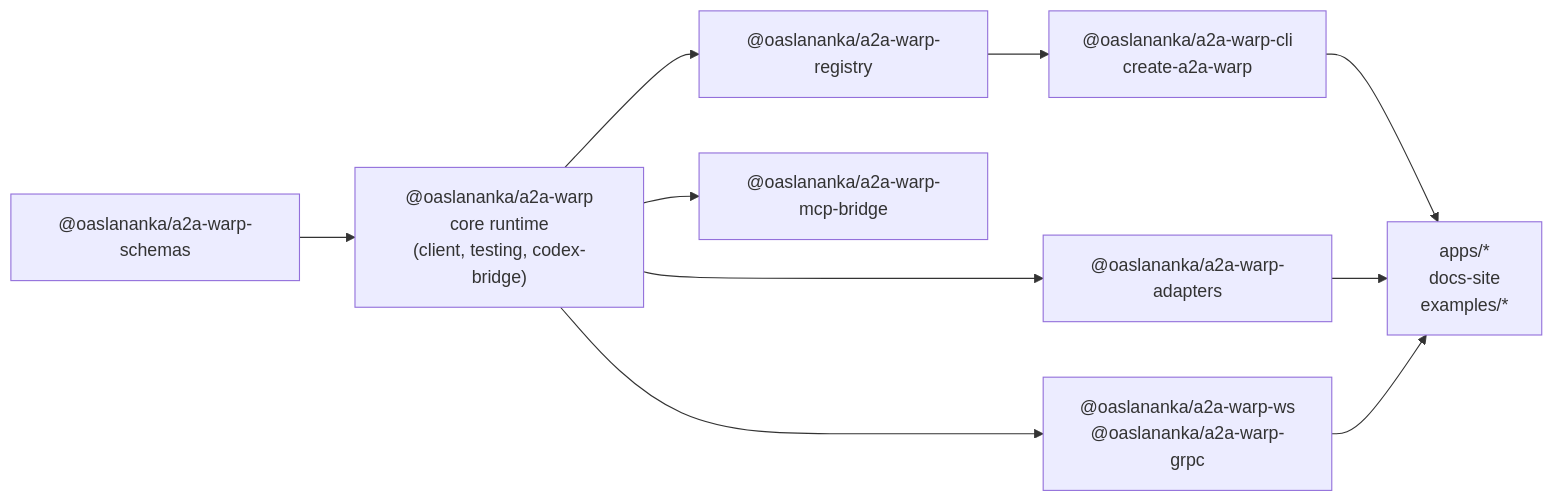
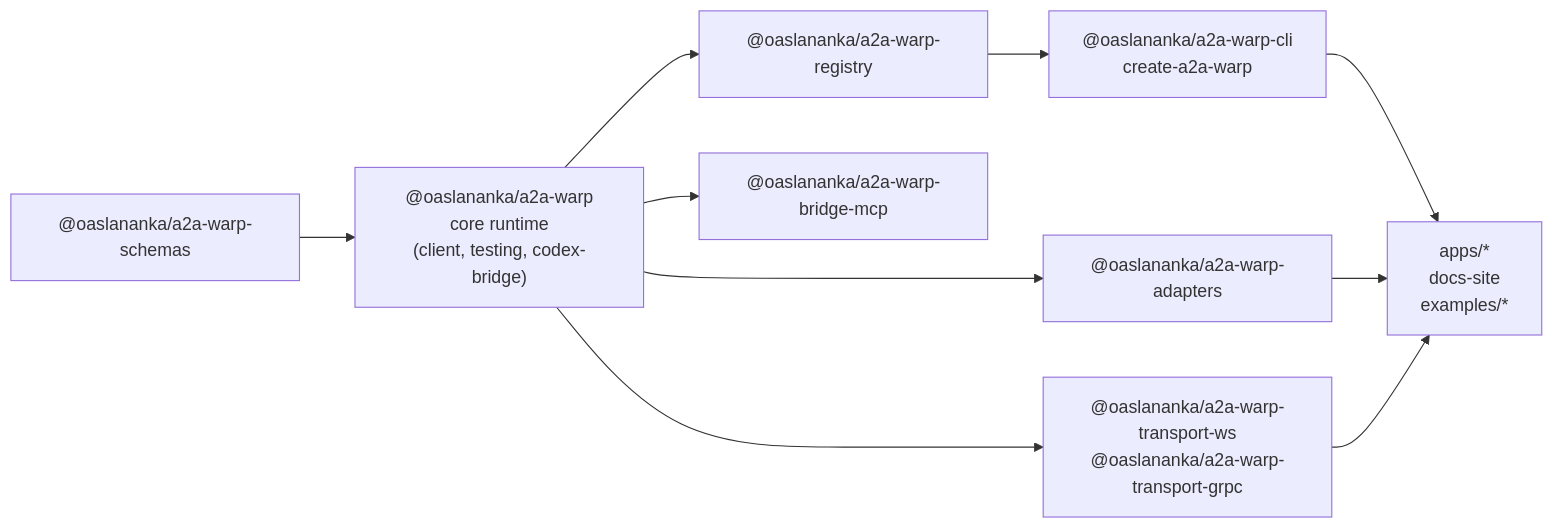
Before and after one commit to oaslananka/a2a-warp: the first of 4 diagrams in docs/development/architecture.md, drawn with Mermaid. The commit also changed other lines of this file and 71 other files, not shown here.

First line of the commit message:
feat(packaging)!: rename transport and bridge packages to category-prefix pattern

````diff
--- a/docs/development/architecture.md
+++ b/docs/development/architecture.md
@@ -21,21 +21,21 @@
 ```mermaid
 flowchart LR
   Schemas["@oaslananka/a2a-warp-schemas"]
   Core["@oaslananka/a2a-warp<br/>core runtime<br/>(client, testing, codex-bridge)"]
-  Transports["@oaslananka/a2a-warp-ws<br/>@oaslananka/a2a-warp-grpc"]
+  Transports["@oaslananka/a2a-warp-transport-ws<br/>@oaslananka/a2a-warp-transport-grpc"]
   Registry["@oaslananka/a2a-warp-registry"]
   Adapters["@oaslananka/a2a-warp-adapters"]
-  Bridges["@oaslananka/a2a-warp-mcp-bridge"]
+  Bridges["@oaslananka/a2a-warp-bridge-mcp"]
   Cli["@oaslananka/a2a-warp-cli<br/>create-a2a-warp"]
   Apps["apps/*<br/>docs-site<br/>examples/*"]
 
   Schemas --> Core
   Core --> Transports
   Core --> Registry
   Core --> Adapters
   Core --> Bridges
   Registry --> Cli
   Cli --> Apps
   Adapters --> Apps
   Transports --> Apps
 ```
````
